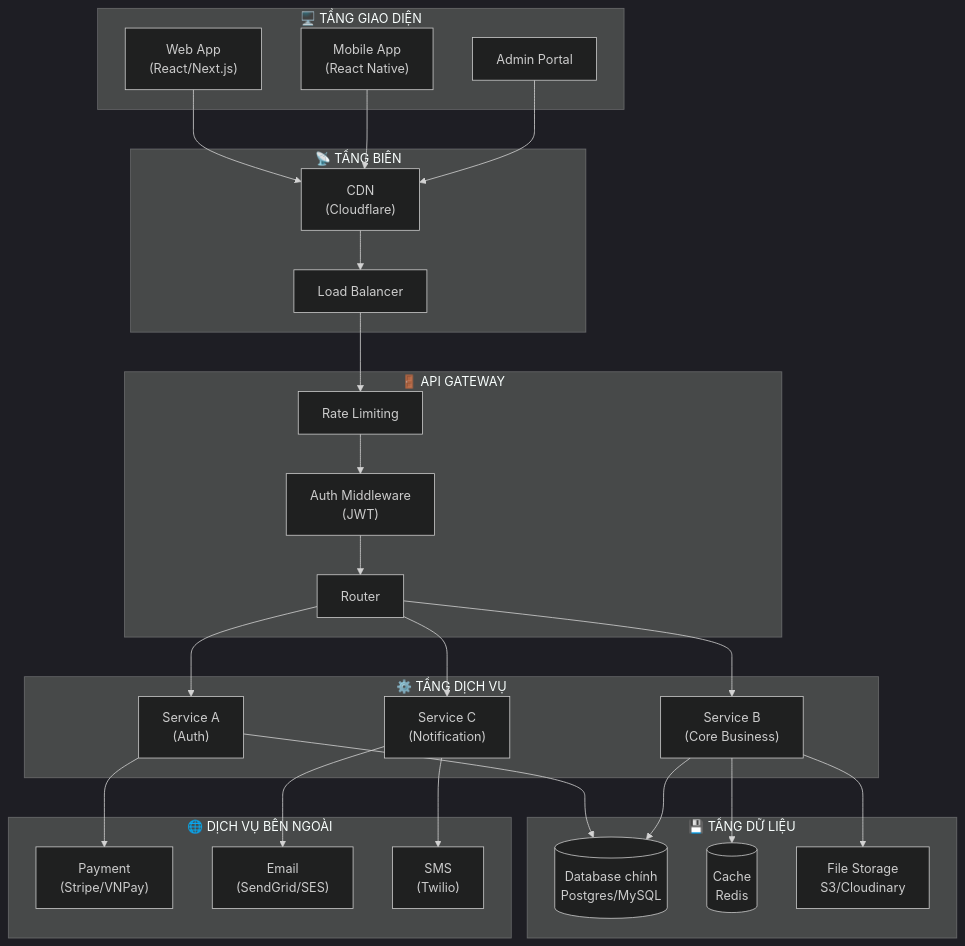
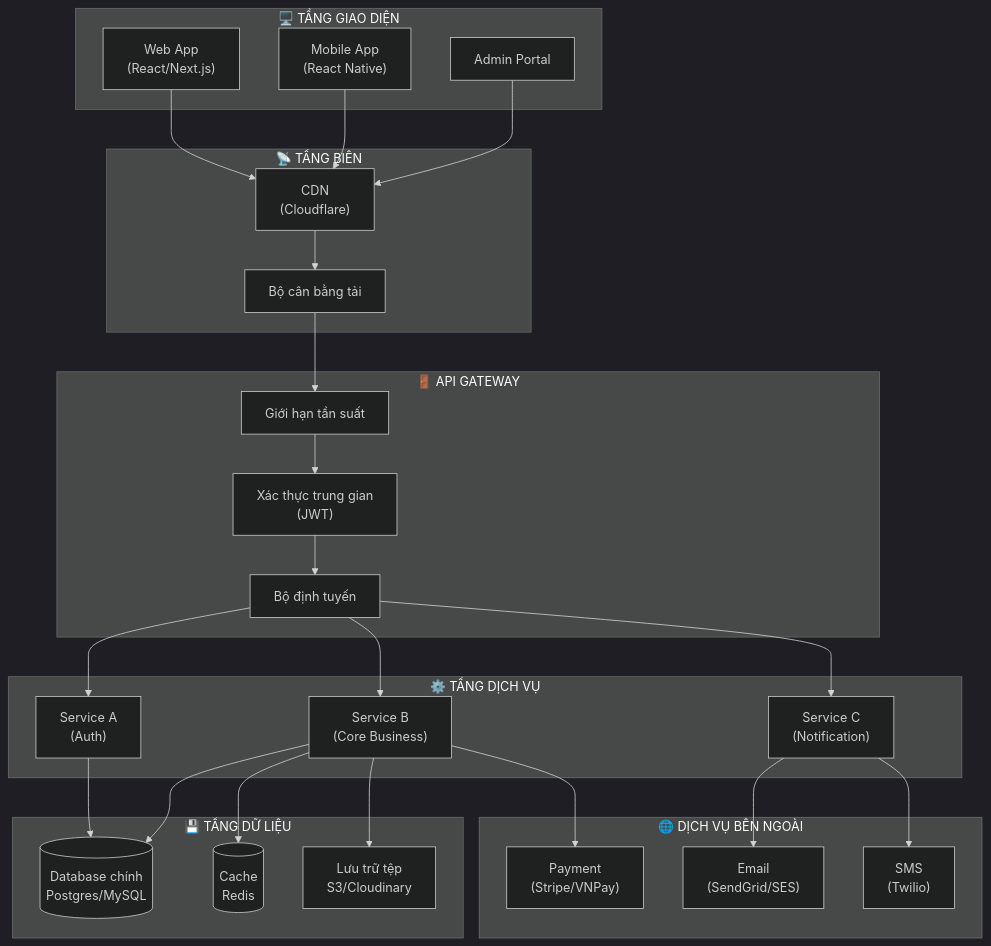
One commit to Haign12/LuxRoom changed diagram 11 of 13 in docs/ba_portfolio/BA_Complete_Documentation.md. Above: the diagram before and after it, drawn with Mermaid (dark theme). The commit also changed other lines of this file and 11073 other files, not shown here.

````diff
--- a/docs/ba_portfolio/BA_Complete_Documentation.md
+++ b/docs/ba_portfolio/BA_Complete_Documentation.md
@@ -1028,46 +1032,46 @@
 ```mermaid
 graph TB
     subgraph CLIENT["🖥️ TẦNG GIAO DIỆN"]
         C1["Web App\n(React/Next.js)"]
         C2["Mobile App\n(React Native)"]
         C3["Admin Portal"]
     end
 
     subgraph EDGE["📡 TẦNG BIÊN"]
         E1["CDN\n(Cloudflare)"]
-        E2["Load Balancer"]
+        E2["Bộ cân bằng tải"]
     end
 
     subgraph GATEWAY["🚪 API GATEWAY"]
-        G1["Rate Limiting"]
-        G2["Auth Middleware\n(JWT)"]
-        G3["Router"]
+        G1["Giới hạn tần suất"]
+        G2["Xác thực trung gian\n(JWT)"]
+        G3["Bộ định tuyến"]
     end
 
     subgraph SERVICES["⚙️ TẦNG DỊCH VỤ"]
         S1["Service A\n(Auth)"]
         S2["Service B\n(Core Business)"]
         S3["Service C\n(Notification)"]
     end
 
     subgraph DATA["💾 TẦNG DỮ LIỆU"]
         D1[("Database chính\nPostgres/MySQL")]
         D2[("Cache\nRedis")]
-        D3["File Storage\nS3/Cloudinary"]
+        D3["Lưu trữ tệp\nS3/Cloudinary"]
     end
 
     subgraph EXTERNAL["🌐 DỊCH VỤ BÊN NGOÀI"]
         X1["Payment\n(Stripe/VNPay)"]
         X2["Email\n(SendGrid/SES)"]
         X3["SMS\n(Twilio)"]
     end
 
     C1 & C2 & C3 --> E1
     E1 --> E2 --> G1 --> G2 --> G3
     G3 --> S1 & S2 & S3
     S1 & S2 --> D1
     S2 --> D2
     S2 --> D3
-    S1 --> X1
+    S2 --> X1
     S3 --> X2 & X3
 ```
````
